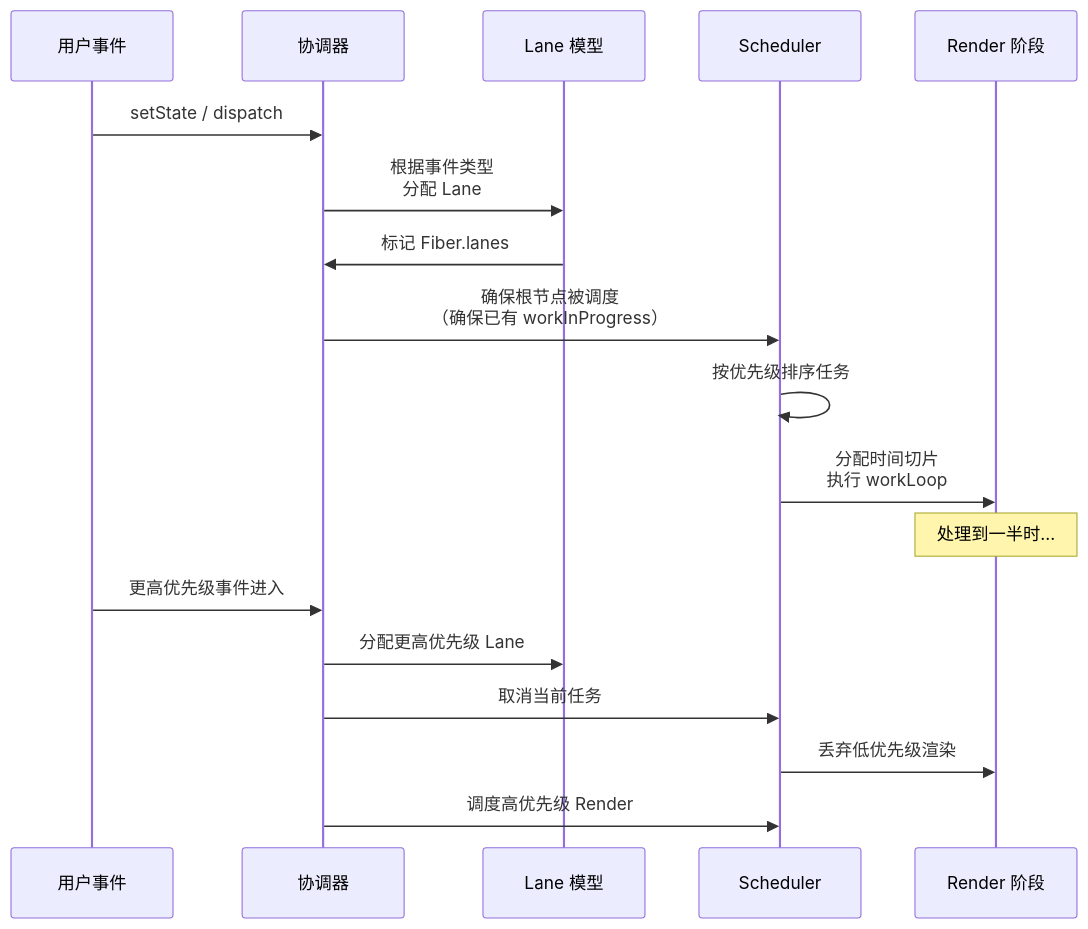
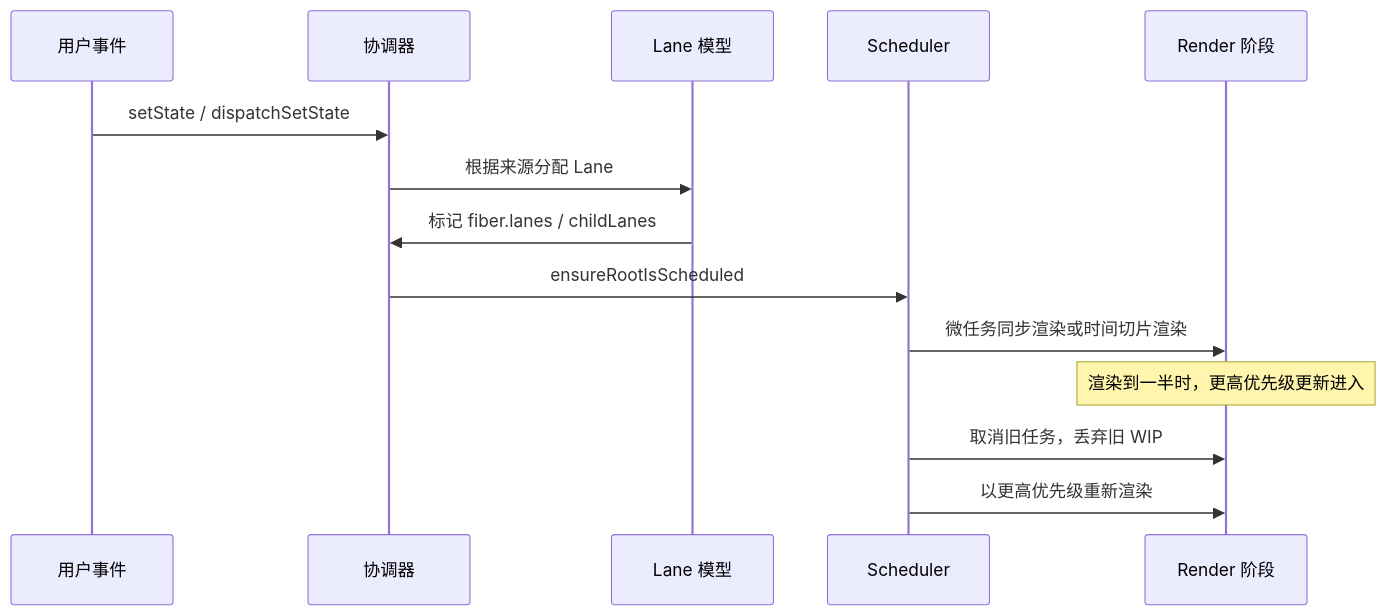
The diagram in apps/docs/frameworks/react/advanced/core-design/schedulingAndLanes.md (sentibeitaokong/CoreFront-EndConcepts), drawn with Mermaid before and after one commit. The commit also changed other lines of this file and 9 other files, not shown here.

````diff
--- a/apps/docs/frameworks/react/advanced/core-design/schedulingAndLanes.md
+++ b/apps/docs/frameworks/react/advanced/core-design/schedulingAndLanes.md
@@ -259,23 +304,18 @@
 ```mermaid
 sequenceDiagram
     participant Event as 用户事件
     participant Reconciler as 协调器
     participant Lane as Lane 模型
     participant Scheduler as Scheduler
     participant Render as Render 阶段
 
-    Event->>Reconciler: setState / dispatch
-    Reconciler->>Lane: 根据事件类型<br/>分配 Lane
-    Lane->>Reconciler: 标记 Fiber.lanes
-    Reconciler->>Scheduler: 确保根节点被调度<br/>（确保已有 workInProgress）
-    Scheduler->>Scheduler: 按优先级排序任务
-    Scheduler->>Render: 分配时间切片<br/>执行 workLoop
+    Event->>Reconciler: setState / dispatchSetState
+    Reconciler->>Lane: 根据来源分配 Lane
+    Lane->>Reconciler: 标记 fiber.lanes / childLanes
+    Reconciler->>Scheduler: ensureRootIsScheduled
+    Scheduler->>Render: 微任务同步渲染或时间切片渲染
 
-    Note over Render: 处理到一半时...
-
-    Event->>Reconciler: 更高优先级事件进入
-    Reconciler->>Lane: 分配更高优先级 Lane
-    Reconciler->>Scheduler: 取消当前任务
-    Scheduler->>Render: 丢弃低优先级渲染
-    Reconciler->>Scheduler: 调度高优先级 Render
+    Note over Render: 渲染到一半时，更高优先级更新进入
+    Scheduler->>Render: 取消旧任务，丢弃旧 WIP
+    Scheduler->>Render: 以更高优先级重新渲染
 ```
````
